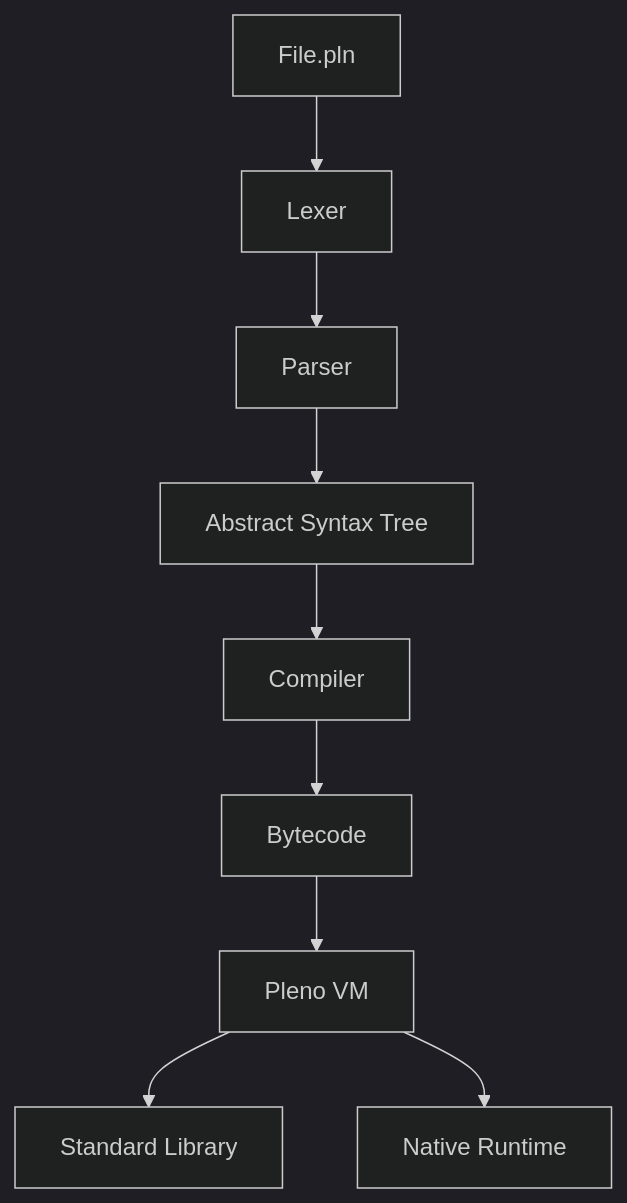
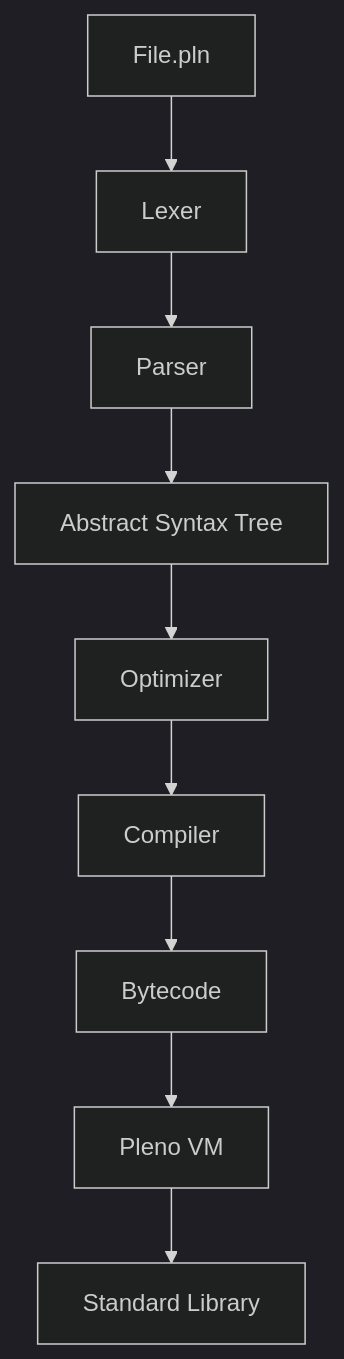
Before and after one commit to otabekoff/pleno: the diagram in README.md, drawn with Mermaid (dark theme). The commit also changed other lines of this file and 5 other files, not shown here.

````diff
--- a/README.md
+++ b/README.md
@@ -19,11 +19,11 @@
 ```mermaid
 graph TD
     Source[File.pln] --> Lexer
     Lexer --> Parser
     Parser --> AST[Abstract Syntax Tree]
-    AST --> Compiler
+    AST --> Optimizer
+    Optimizer --> Compiler
     Compiler --> Bytecode
     Bytecode --> VM[Pleno VM]
     VM --> Stdlib[Standard Library]
-    VM --> Runtime[Native Runtime]
 ```
````
